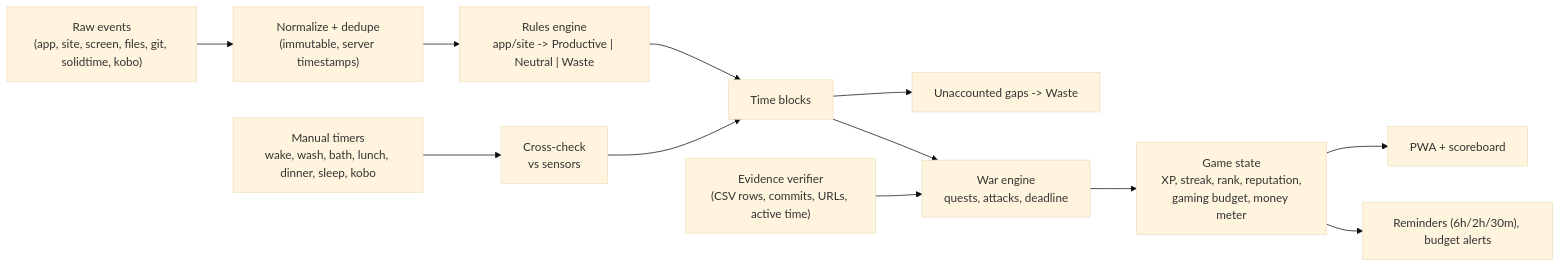
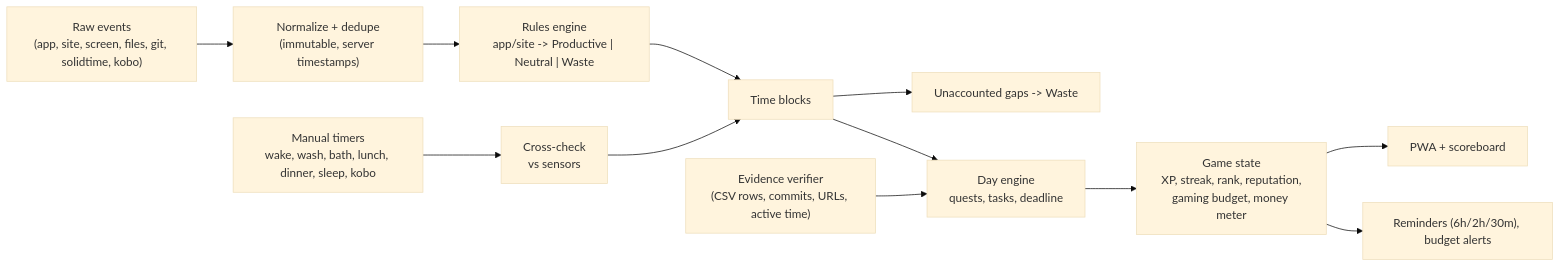
One commit to MSVhora/life-game changed the second of 6 diagrams in docs/ARCHITECTURE.md. Above: the diagram before and after it, drawn with Mermaid (base theme). The commit also changed other lines of this file and 7 other files, not shown here.

````diff
--- a/docs/ARCHITECTURE.md
+++ b/docs/ARCHITECTURE.md
@@ -39,14 +39,14 @@
 ```mermaid
 flowchart LR
   E["Raw events\n(app, site, screen, files, git, solidtime, kobo)"] --> N["Normalize + dedupe\n(immutable, server timestamps)"]
   N --> R["Rules engine\napp/site -> Productive | Neutral | Waste"]
   M["Manual timers\nwake, wash, bath, lunch, dinner, sleep, kobo"] --> X["Cross-check\nvs sensors"]
   R --> TB["Time blocks"]
   X --> TB
   TB --> U["Unaccounted gaps -> Waste"]
-  EV["Evidence verifier\n(CSV rows, commits, URLs, active time)"] --> W["War engine\nquests, attacks, deadline"]
+  EV["Evidence verifier\n(CSV rows, commits, URLs, active time)"] --> W["Day engine\nquests, tasks, deadline"]
   TB --> W
   W --> G["Game state\nXP, streak, rank, reputation,\ngaming budget, money meter"]
   G --> UI["PWA + scoreboard"]
   G --> NO["Reminders (6h/2h/30m), budget alerts"]
 ```
````
